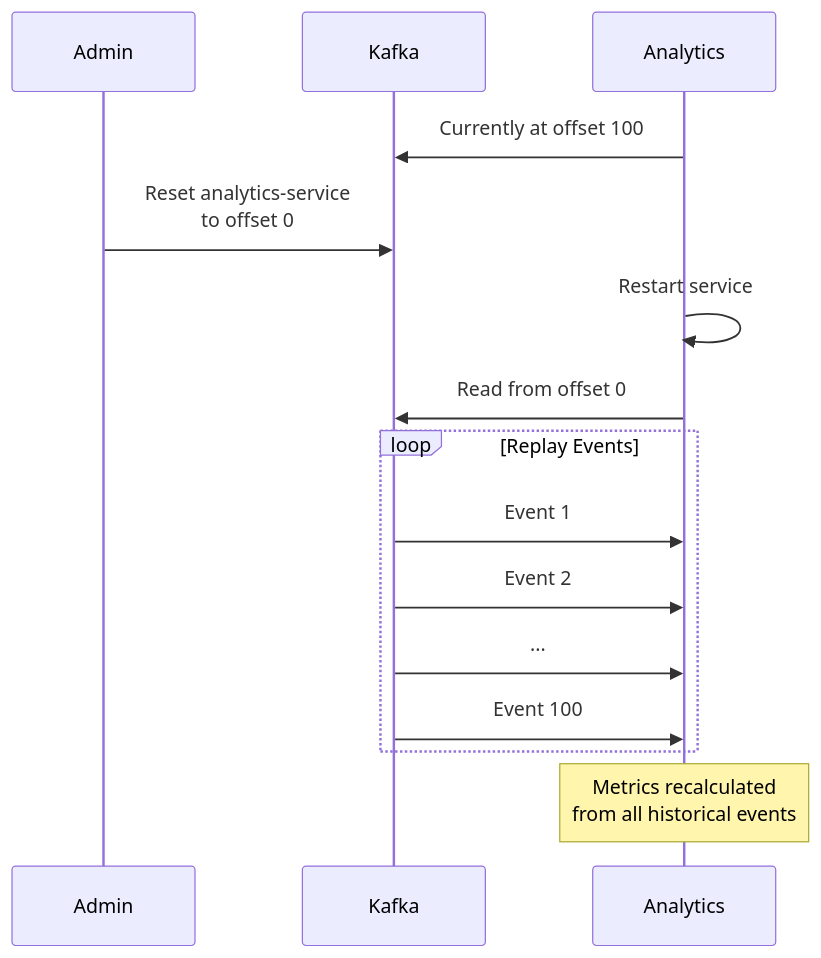
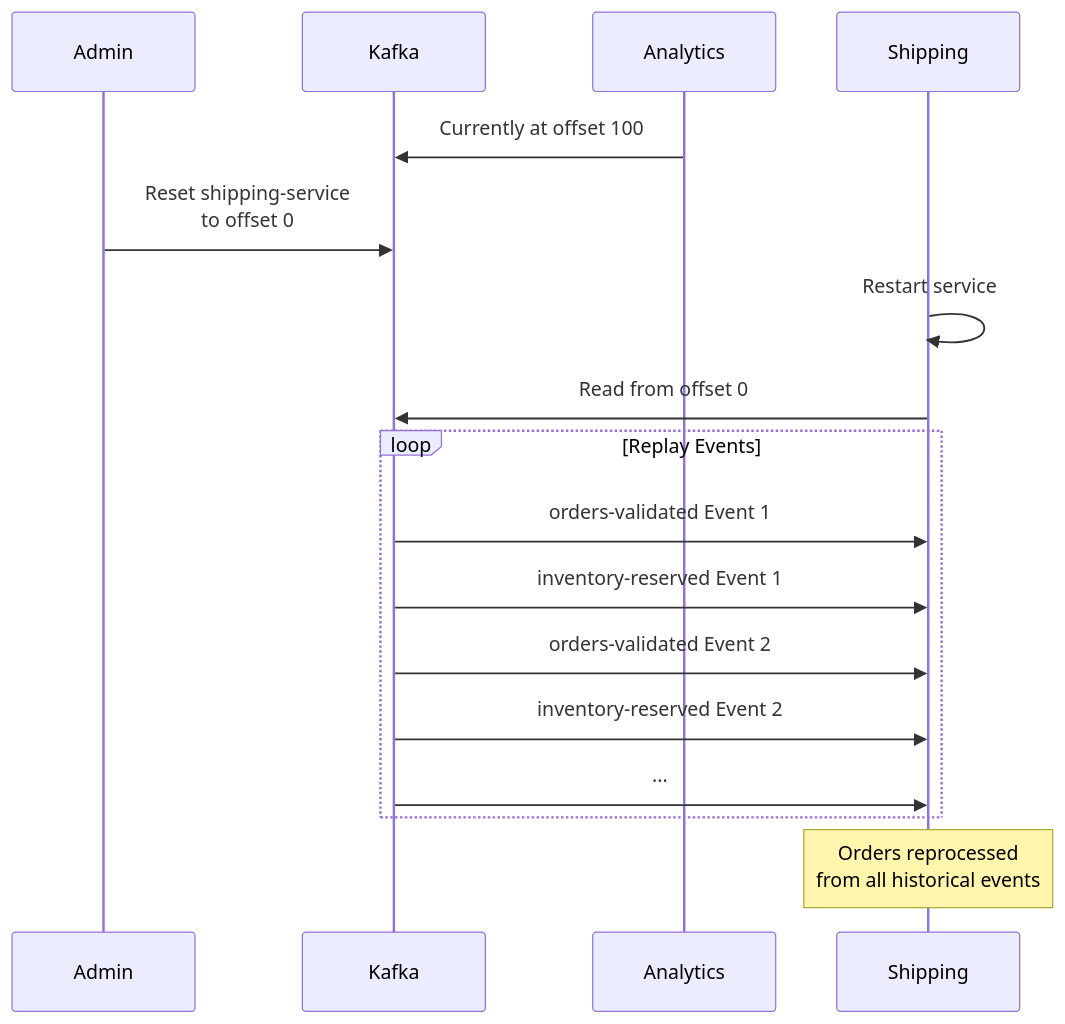
Before and after one commit to tomakazoo/ai-family-blog: diagram 11 of 11 in src/content/posts/part-04-hands-on-kafka.md, drawn with Mermaid. The commit also changed other lines of this file, not shown here.

First line of the commit message:
Enhance Kafka blog post with detailed e-commerce order processing system

````diff
--- a/src/content/posts/part-04-hands-on-kafka.md
+++ b/src/content/posts/part-04-hands-on-kafka.md
@@ -1537,22 +838,23 @@
 ```mermaid
 sequenceDiagram
     participant Admin
     participant Kafka
     participant Analytics
     
     Analytics->>Kafka: Currently at offset 100
     
-    Admin->>Kafka: Reset analytics-service<br/>to offset 0
+    Admin->>Kafka: Reset shipping-service<br/>to offset 0
     
-    Analytics->>Analytics: Restart service
-    Analytics->>Kafka: Read from offset 0
+    Shipping->>Shipping: Restart service
+    Shipping->>Kafka: Read from offset 0
     
     loop Replay Events
-        Kafka->>Analytics: Event 1
-        Kafka->>Analytics: Event 2
-        Kafka->>Analytics: ...
-        Kafka->>Analytics: Event 100
+        Kafka->>Shipping: orders-validated Event 1
+        Kafka->>Shipping: inventory-reserved Event 1
+        Kafka->>Shipping: orders-validated Event 2
+        Kafka->>Shipping: inventory-reserved Event 2
+        Kafka->>Shipping: ...
     end
     
-    Note over Analytics: Metrics recalculated<br/>from all historical events
+    Note over Shipping: Orders reprocessed<br/>from all historical events
 ```
````
